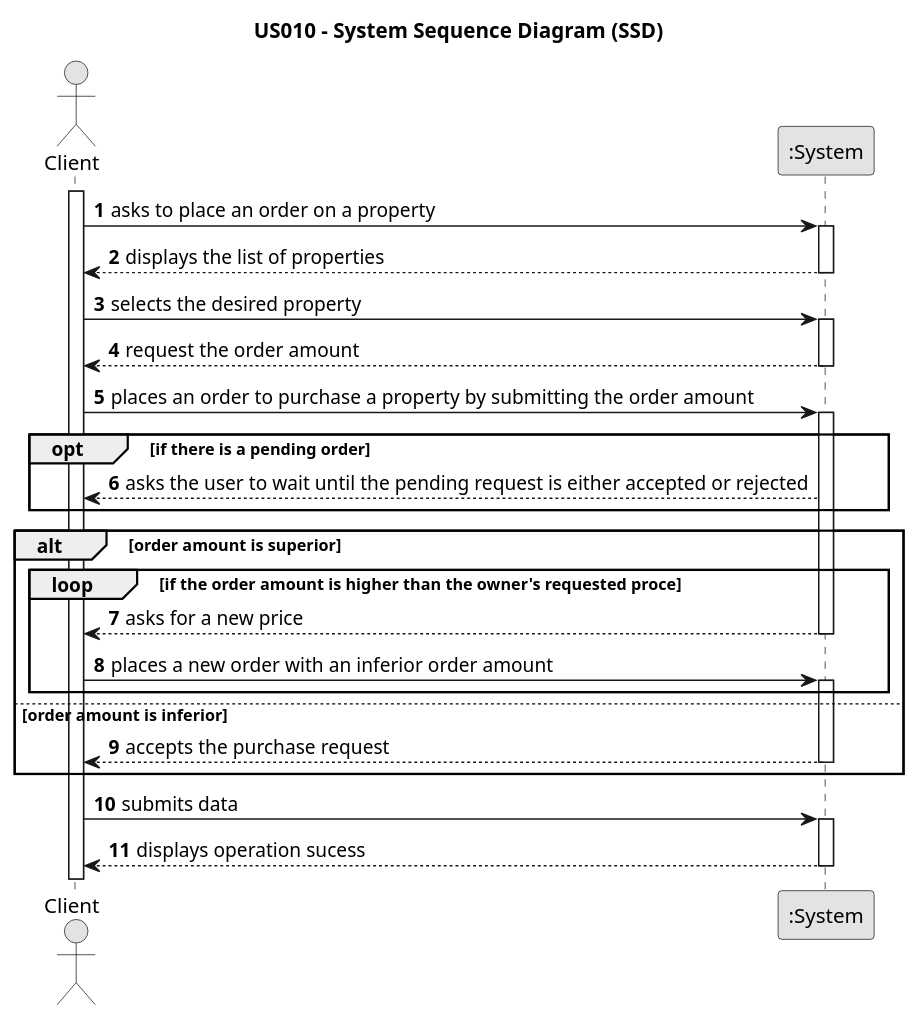
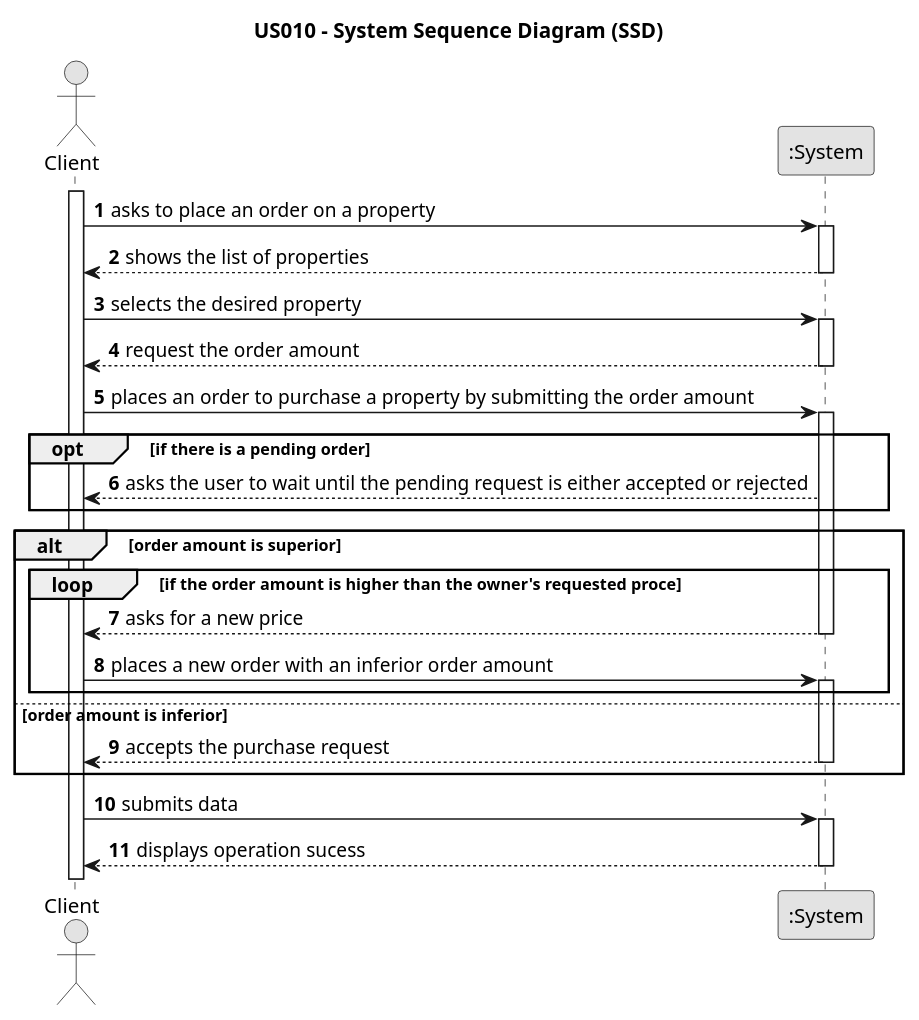
One commit to PureNimble/ISEP-LAPR2 changed the diagram in docs/sprintC/US10/01.requirements-engineering/puml/us010-system-sequence-diagram.puml. Above: the diagram before and after it, drawn with PlantUML. The commit also changed 11 other files, not shown here.

```diff
--- a/docs/sprintC/US10/01.requirements-engineering/puml/us010-system-sequence-diagram.puml
+++ b/docs/sprintC/US10/01.requirements-engineering/puml/us010-system-sequence-diagram.puml
@@ -1,64 +1,64 @@
 @startuml
 
 skinparam monochrome true
 skinparam packageStyle rectangle
 skinparam shadowing false
 
 title US010 - System Sequence Diagram (SSD)
 
 autonumber
 
 actor "Client" as Client
 participant ":System" as System
 
 activate Client
 
 Client -> System : asks to place an order on a property
 activate System
 
-System --> Client : displays the list of properties
+System --> Client : shows the list of properties
 deactivate System
 
 Client -> System : selects the desired property
 activate System
 
 System --> Client : request the order amount
 deactivate System
 
 Client -> System : places an order to purchase a property by submitting the order amount
 activate System
 
     opt if there is a pending order
 
         System --> Client : asks the user to wait until the pending request is either accepted or rejected
 
     end
 
     alt order amount is superior
 
         loop if the order amount is higher than the owner's requested proce
 
             System --> Client : asks for a new price
             deactivate System
 
             Client -> System : places a new order with an inferior order amount
             activate System
 
         end
 
     else order amount is inferior
 
         System --> Client : accepts the purchase request
         deactivate System
 
     end
 
 Client -> System : submits data
 activate System
 
 System --> Client : displays operation sucess
 deactivate System
 
 
 
 @enduml
```
